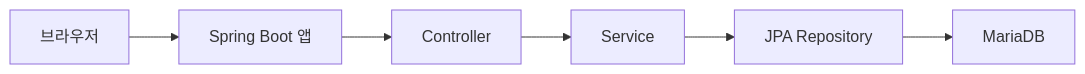
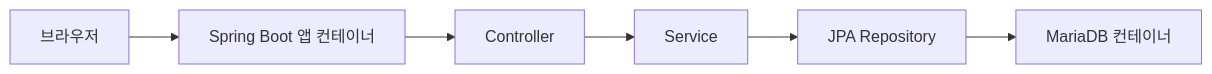
The diagram in README.md (021Skyfall/novelkeep), drawn with Mermaid before and after one commit. The commit also changed other lines of this file and 12 other files, not shown here.

````diff
--- a/README.md
+++ b/README.md
@@ -305,8 +319,8 @@
 ```mermaid
 flowchart LR
-    U["브라우저"] --> A["Spring Boot 앱"]
+    U["브라우저"] --> A["Spring Boot 앱 컨테이너"]
     A --> C["Controller"]
     C --> S["Service"]
     S --> R["JPA Repository"]
-    R --> D["MariaDB"]
+    R --> D["MariaDB 컨테이너"]
 ```
````
